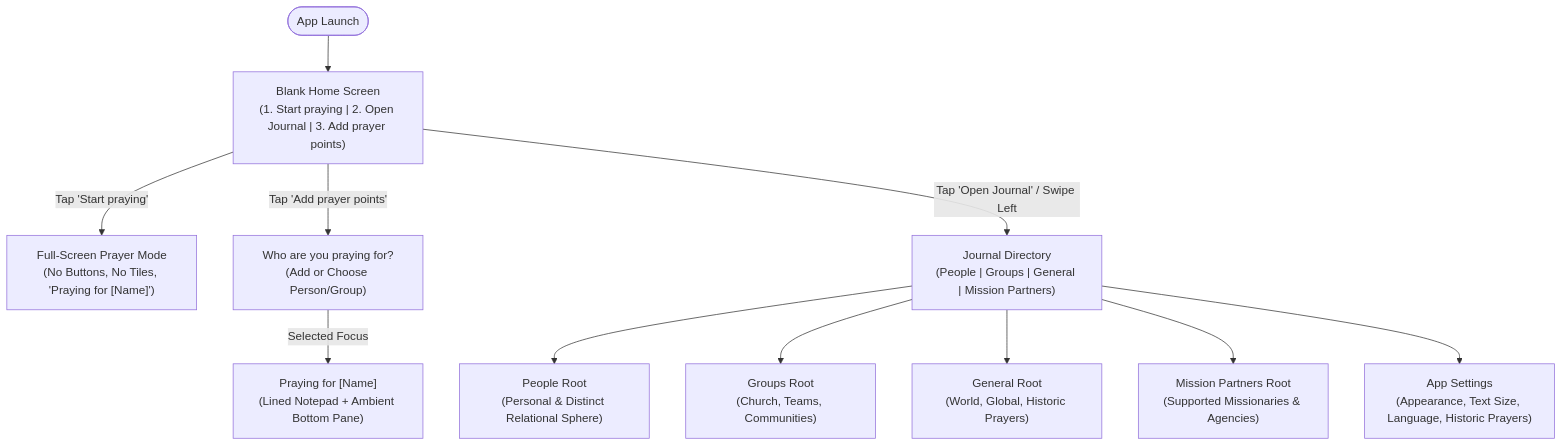
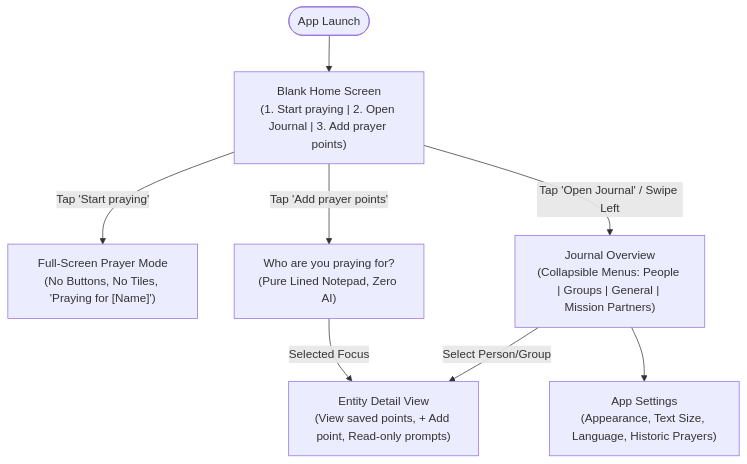
The first of 3 diagrams in planning/UX.md (iamenianc/Prayer), drawn with Mermaid before and after one commit. The commit also changed other lines of this file and 47 other files, not shown here.

````diff
--- a/planning/UX.md
+++ b/planning/UX.md
@@ -109,14 +118,11 @@
 ```mermaid
 graph TD
     Launch([App Launch]) --> Home["Blank Home Screen<br/>(1. Start praying | 2. Open Journal | 3. Add prayer points)"]
     Home -->|"Tap 'Start praying'"| PraySession["Full-Screen Prayer Mode<br/>(No Buttons, No Tiles, 'Praying for [Name]')"]
-    Home -->|"Tap 'Add prayer points'"| AddStep0["Who are you praying for?<br/>(Add or Choose Person/Group)"]
-    AddStep0 -->|"Selected Focus"| AddStep1["Praying for [Name]<br/>(Lined Notepad + Ambient Bottom Pane)"]
-    Home -->|"Tap 'Open Journal' / Swipe Left"| Journal["Journal Directory<br/>(People | Groups | General | Mission Partners)"]
+    Home -->|"Tap 'Add prayer points'"| AddStep0["Who are you praying for?<br/>(Pure Lined Notepad, Zero AI)"]
+    AddStep0 -->|"Selected Focus"| EntityDetail["Entity Detail View<br/>(View saved points, + Add point, Read-only prompts)"]
+    Home -->|"Tap 'Open Journal' / Swipe Left"| Journal["Journal Overview<br/>(Collapsible Menus: People | Groups | General | Mission Partners)"]
     
-    Journal --> PeopleRoot["People Root<br/>(Personal & Distinct Relational Sphere)"]
-    Journal --> GroupsRoot["Groups Root<br/>(Church, Teams, Communities)"]
-    Journal --> GeneralRoot["General Root<br/>(World, Global, Historic Prayers)"]
-    Journal --> MissionRoot["Mission Partners Root<br/>(Supported Missionaries & Agencies)"]
+    Journal -->|"Select Person/Group"| EntityDetail
     Journal --> Settings["App Settings<br/>(Appearance, Text Size, Language, Historic Prayers)"]
 ```
````
